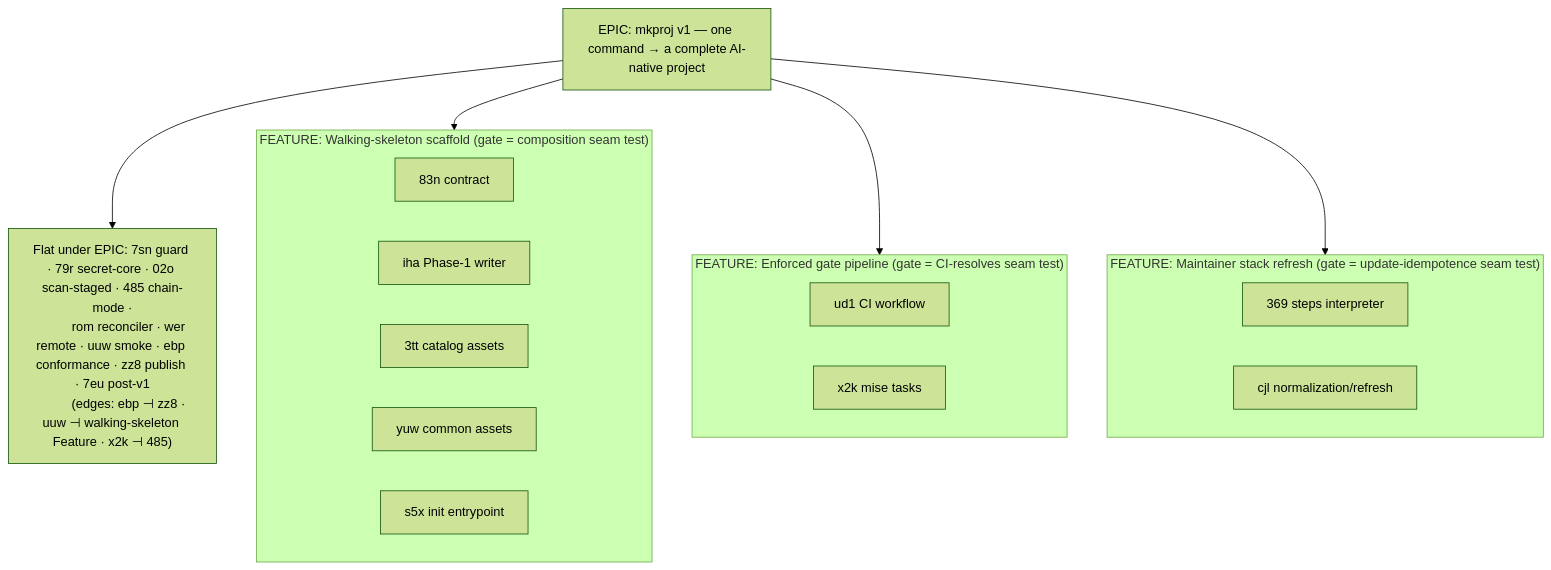
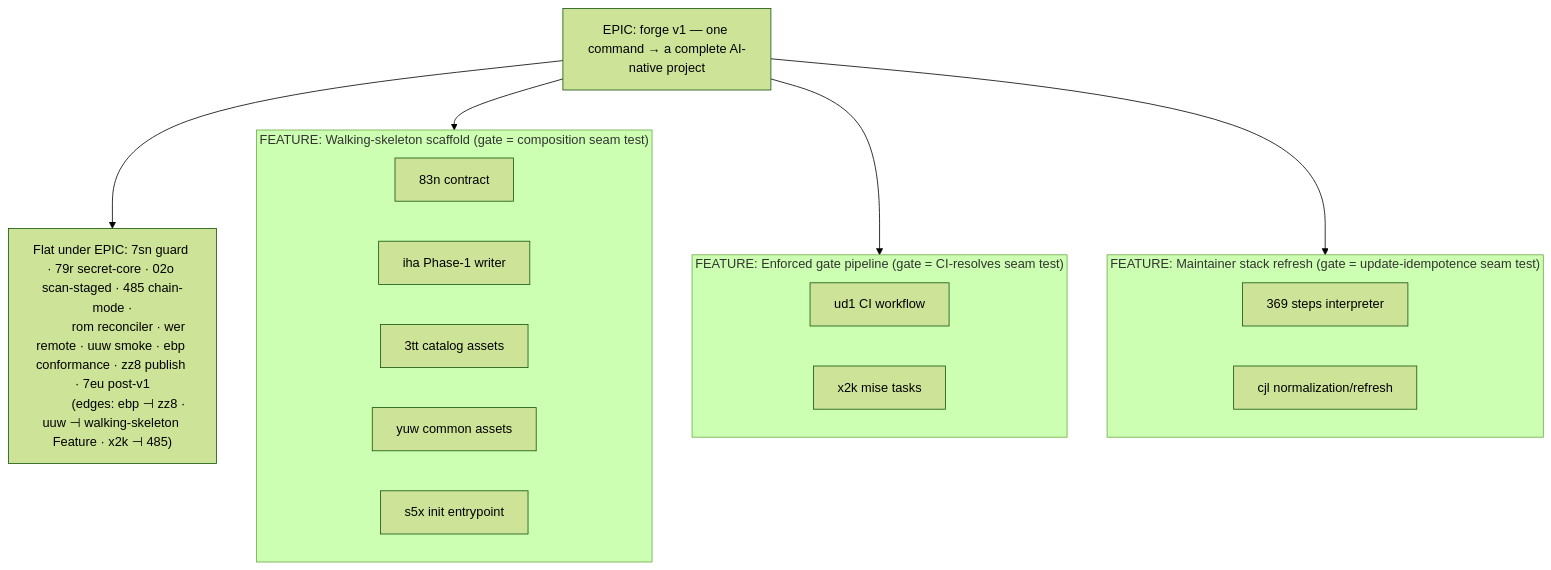
Before and after one commit to AvogadroSG1/agentic_template_start: the second of 2 diagrams in docs/SPEC.md, drawn with Mermaid (forest theme). The commit also changed other lines of this file and 88 other files, not shown here.

Commit message:
Rename the CLI from mkproj to forge (#38)

````diff
--- a/docs/SPEC.md
+++ b/docs/SPEC.md
@@ -726,20 +726,20 @@
 ```mermaid
 flowchart TD
-    EPIC["EPIC: mkproj v1 — one command → a complete AI-native project"]
+    EPIC["EPIC: forge v1 — one command → a complete AI-native project"]
 
     subgraph F1["FEATURE: Walking-skeleton scaffold (gate = composition seam test)"]
         S83["83n contract"] & SIHA["iha Phase-1 writer"] & S3TT["3tt catalog assets"] & SYUW["yuw common assets"] & SS5X["s5x init entrypoint"]
     end
     subgraph F2["FEATURE: Enforced gate pipeline (gate = CI-resolves seam test)"]
         SUD1["ud1 CI workflow"] & SX2K["x2k mise tasks"]
     end
     subgraph F3["FEATURE: Maintainer stack refresh (gate = update-idempotence seam test)"]
         S369["369 steps interpreter"] & SCJL["cjl normalization/refresh"]
     end
 
     FLAT["Flat under EPIC: 7sn guard · 79r secret-core · 02o scan-staged · 485 chain-mode ·
           rom reconciler · wer remote · uuw smoke · ebp conformance · zz8 publish · 7eu post-v1
           (edges: ebp ⊣ zz8 · uuw ⊣ walking-skeleton Feature · x2k ⊣ 485)"]
 
     EPIC --> F1 & F2 & F3 & FLAT
 ```
````
